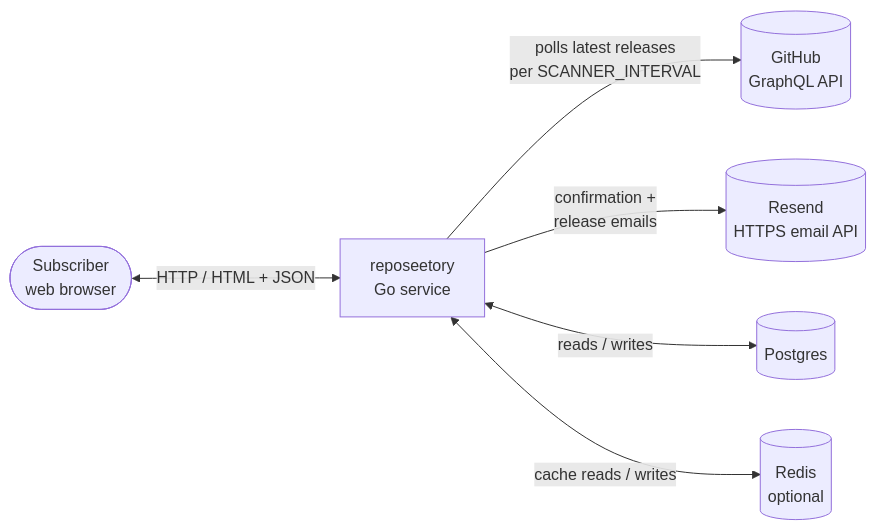
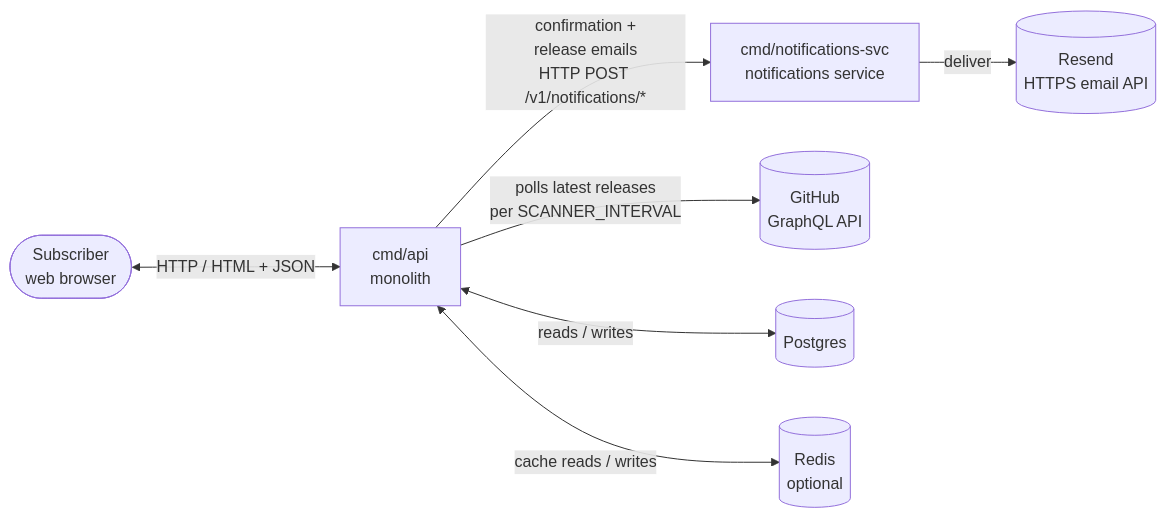
Before and after one commit to GenesisEducationKyiv/software-engineering-school-6-0-ananaslegend: the first of 7 diagrams in docs/architecture.md, drawn with Mermaid. The commit also changed other lines of this file and 40 other files, not shown here.

````diff
--- a/docs/architecture.md
+++ b/docs/architecture.md
@@ -12,15 +12,17 @@
 ```mermaid
 flowchart LR
     U([Subscriber<br/>web browser])
-    R[reposeetory<br/>Go service]
+    R[cmd/api<br/>monolith]
+    M[cmd/notifications-svc<br/>notifications service]
     GH[(GitHub<br/>GraphQL API)]
     RS[(Resend<br/>HTTPS email API)]
     PG[(Postgres)]
     RD[(Redis<br/>optional)]
 
     U <-->|HTTP / HTML + JSON| R
     R -->|polls latest releases<br/>per SCANNER_INTERVAL| GH
-    R -->|confirmation +<br/>release emails| RS
+    R -->|confirmation +<br/>release emails<br/>HTTP POST /v1/notifications/*| M
+    M -->|deliver| RS
     R <-->|reads / writes| PG
     R <-->|cache reads / writes| RD
 ```
````
